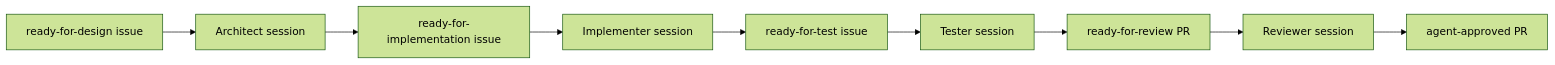
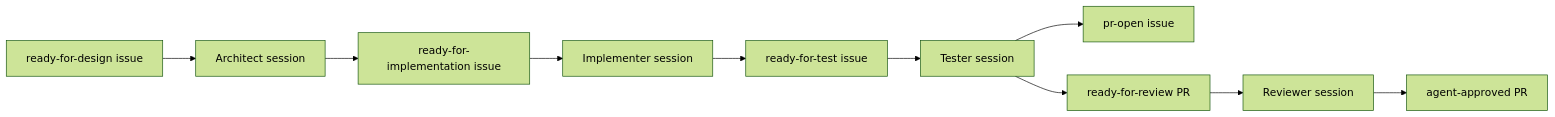
Before and after one commit to vinu-dev/agentry: the diagram in docs/watchdog-and-dashboard.md, drawn with Mermaid (forest theme). The commit also changed other lines of this file and 15 other files, not shown here.

````diff
--- a/docs/watchdog-and-dashboard.md
+++ b/docs/watchdog-and-dashboard.md
@@ -148,11 +148,12 @@
 ```mermaid
 flowchart LR
   A["ready-for-design issue"] --> B["Architect session"]
   B --> C["ready-for-implementation issue"]
   C --> D["Implementer session"]
   D --> E["ready-for-test issue"]
   E --> F["Tester session"]
-  F --> G["ready-for-review PR"]
-  G --> H["Reviewer session"]
-  H --> I["agent-approved PR"]
+  F --> G["pr-open issue"]
+  F --> H["ready-for-review PR"]
+  H --> I["Reviewer session"]
+  I --> J["agent-approved PR"]
 ```
````
